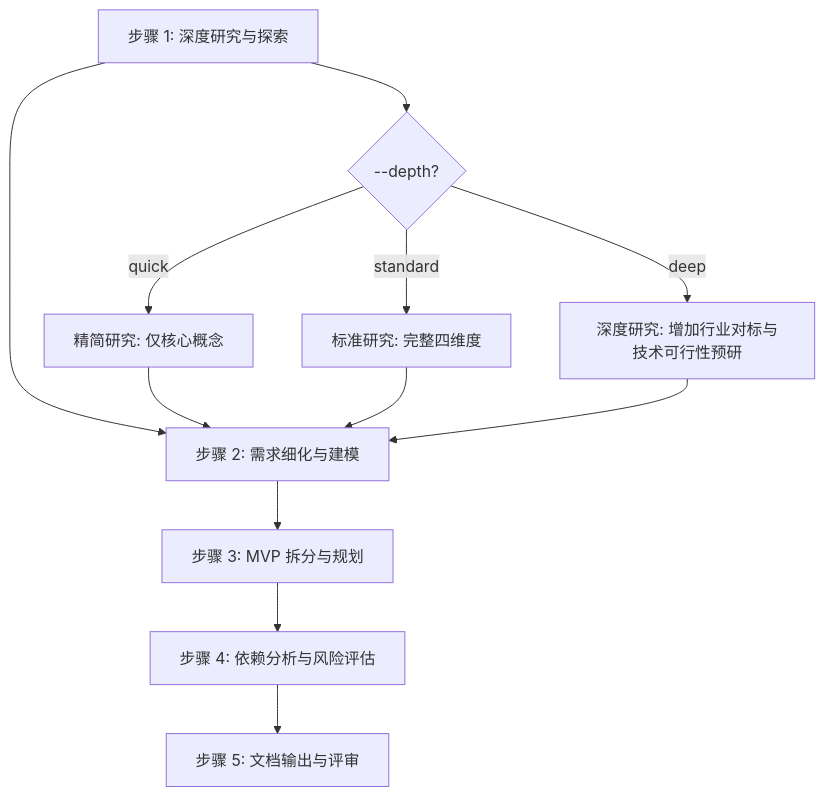
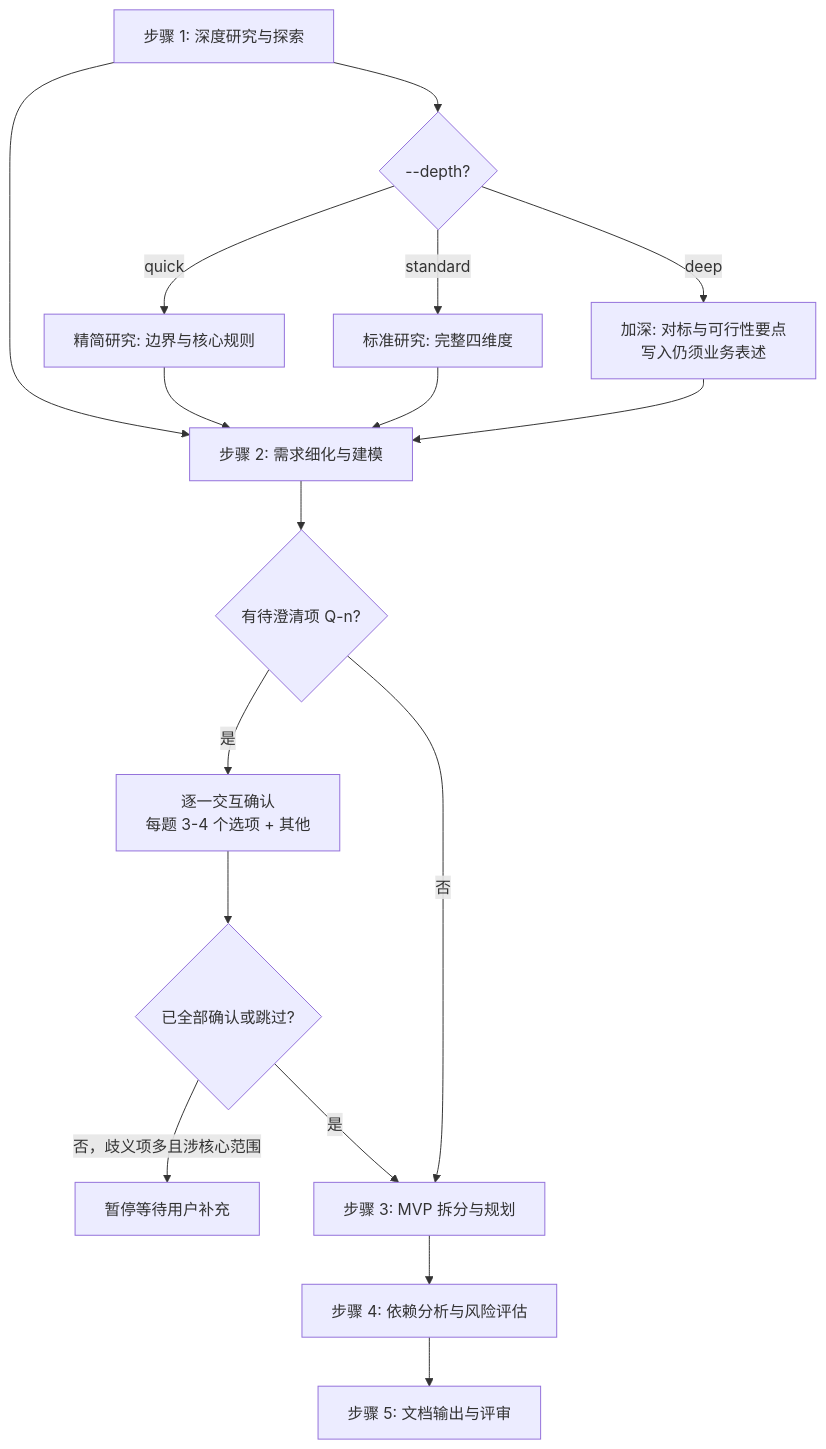
Before and after one commit to oleewen/ai-knowledge: the diagram in .ai/skills/sdx-analysis/reference/workflow-spec.md, drawn with Mermaid. The commit also changed other lines of this file and 6 other files, not shown here.

````diff
--- a/.ai/skills/sdx-analysis/reference/workflow-spec.md
+++ b/.ai/skills/sdx-analysis/reference/workflow-spec.md
@@ -9,16 +11,22 @@
 ```mermaid
 graph TD
     S1[步骤 1: 深度研究与探索] --> S2[步骤 2: 需求细化与建模]
-    S2 --> S3[步骤 3: MVP 拆分与规划]
+    S2 --> Q{有待澄清项 Q-n?}
+    Q -->|是| CQ[逐一交互确认\n每题 3-4 个选项 + 其他]
+    CQ --> QR{已全部确认或跳过?}
+    QR -->|否，歧义项多且涉核心范围| PAUSE[暂停等待用户补充]
+    QR -->|是| S3[步骤 3: MVP 拆分与规划]
+    Q -->|否| S3
+
     S3 --> S4[步骤 4: 依赖分析与风险评估]
     S4 --> S5[步骤 5: 文档输出与评审]
 
     S1 --> D{--depth?}
-    D -->|quick| S1Q[精简研究: 仅核心概念]
+    D -->|quick| S1Q[精简研究: 边界与核心规则]
     D -->|standard| S1S[标准研究: 完整四维度]
-    D -->|deep| S1D[深度研究: 增加行业对标与技术可行性预研]
+    D -->|deep| S1D[加深: 对标与可行性要点\n写入仍须业务表述]
 
     S1Q --> S2
     S1S --> S2
     S1D --> S2
 ```
````
